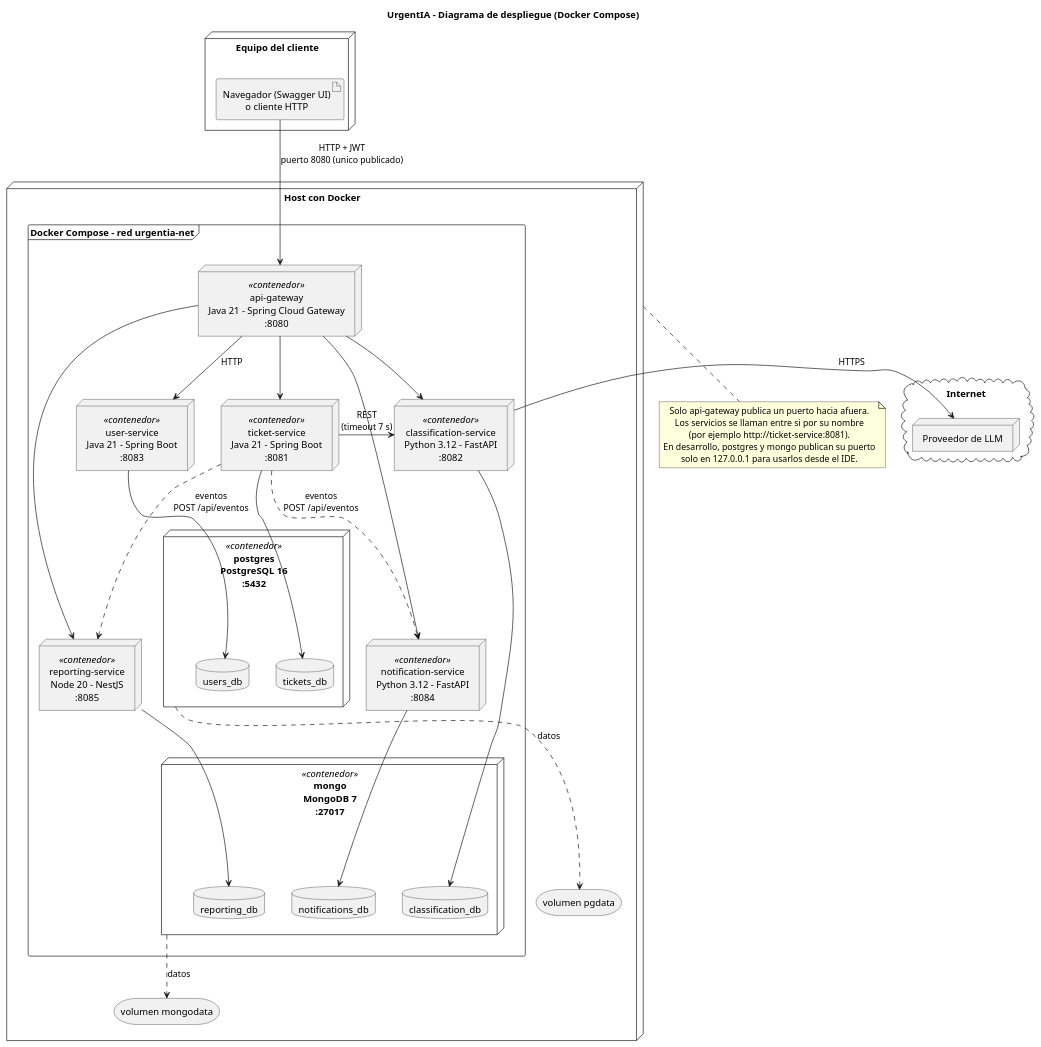
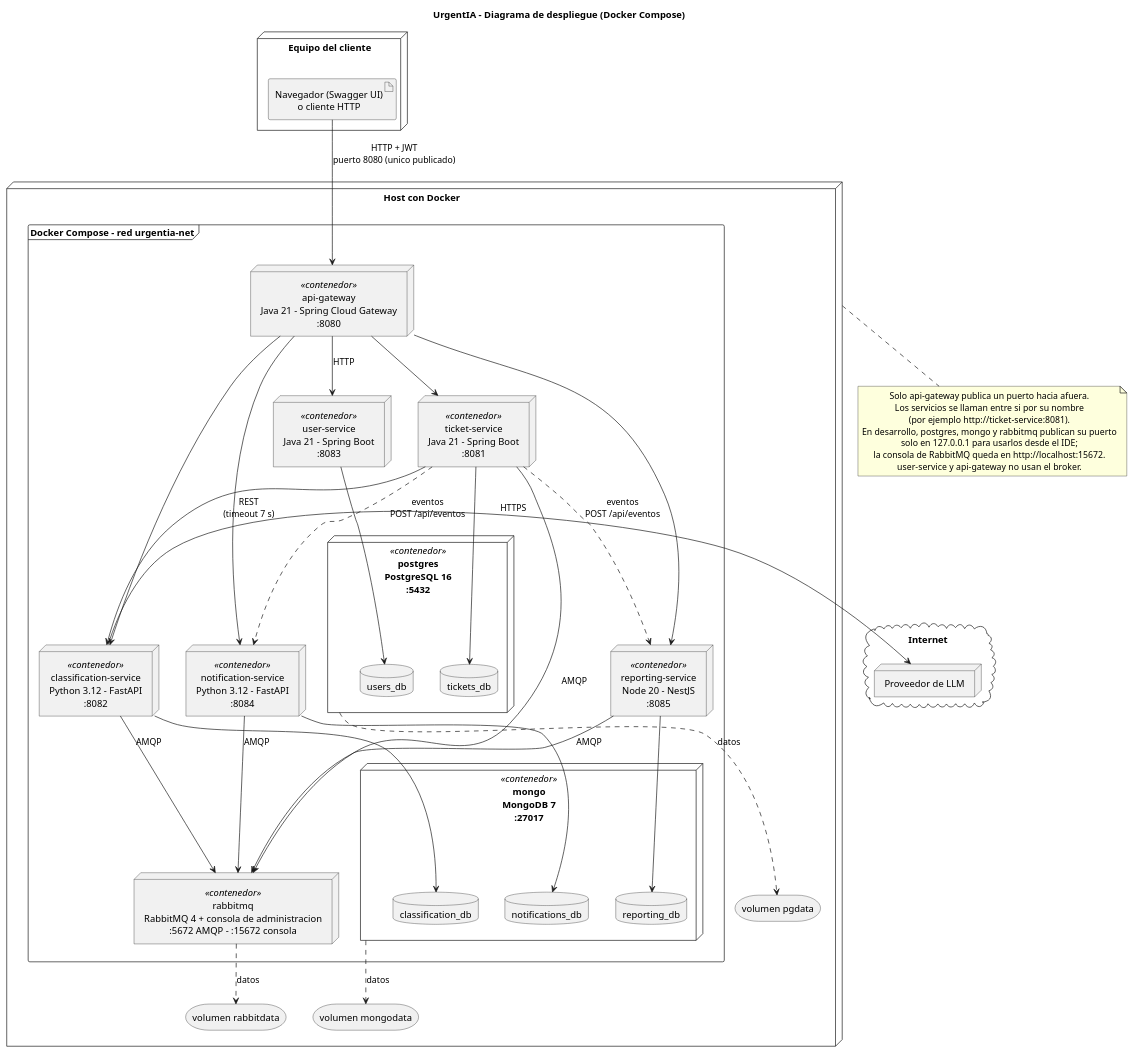
Before and after one commit to AVFare/DA2UrgentIABackend: the diagram in docs/diagrams/despliegue.puml, drawn with PlantUML. The commit also changed 1 other file, not shown here.

Commit message:
docs(diagramas): suma RabbitMQ al diagrama de despliegue

```diff
--- a/docs/diagrams/despliegue.puml
+++ b/docs/diagrams/despliegue.puml
@@ -1,79 +1,92 @@
 @startuml despliegue
 title UrgentIA - Diagrama de despliegue (Docker Compose)
 
 skinparam shadowing false
 skinparam defaultTextAlignment center
 skinparam nodesep 40
 skinparam ranksep 55
 
 node "Equipo del cliente" as cliente {
   artifact "Navegador (Swagger UI)\no cliente HTTP" as navegador
 }
 
 cloud "Internet" as internet {
   node "Proveedor de LLM" as llm
 }
 
 node "Host con Docker" as host {
   frame "Docker Compose - red urgentia-net" as red {
 
     node "api-gateway\nJava 21 - Spring Cloud Gateway\n:8080" as gw <<contenedor>>
 
     node "user-service\nJava 21 - Spring Boot\n:8083" as us <<contenedor>>
     node "ticket-service\nJava 21 - Spring Boot\n:8081" as ts <<contenedor>>
     node "classification-service\nPython 3.12 - FastAPI\n:8082" as cs <<contenedor>>
     node "notification-service\nPython 3.12 - FastAPI\n:8084" as ns <<contenedor>>
     node "reporting-service\nNode 20 - NestJS\n:8085" as rs <<contenedor>>
 
     node "postgres\nPostgreSQL 16\n:5432" as pg <<contenedor>> {
       database "users_db" as usersdb
       database "tickets_db" as ticketsdb
     }
 
+    node "rabbitmq\nRabbitMQ 4 + consola de administracion\n:5672 AMQP - :15672 consola" as rmq <<contenedor>>
+
     node "mongo\nMongoDB 7\n:27017" as mongo <<contenedor>> {
       database "classification_db" as classdb
       database "notifications_db" as notifdb
       database "reporting_db" as repdb
     }
   }
 
   storage "volumen pgdata" as pgdata
   storage "volumen mongodata" as mongodata
+  storage "volumen rabbitdata" as rabbitdata
 }
 
 us -[hidden]right- ts
 
 navegador --> gw : HTTP + JWT\npuerto 8080 (unico publicado)
 
 ' El gateway rutea por HTTP a los cinco servicios.
 gw --> us : HTTP
 gw --> ts
 gw --> cs
 gw --> ns
 gw --> rs
 
 ' Llamadas entre servicios, sin pasar por el gateway.
 ts -right-> cs : REST\n(timeout 7 s)
 ts ..> ns : eventos\nPOST /api/eventos
 ts ..> rs : eventos\nPOST /api/eventos
 
+'' Mensajeria: los cuatro servicios que producen o consumen mensajes
+' se conectan al broker con RABBITMQ_URL. Las colas las define contracts/messaging/.
+ts --> rmq : AMQP
+cs --> rmq : AMQP
+ns --> rmq : AMQP
+rs --> rmq : AMQP
+
 ' Cada servicio usa solo su base.
 us --> usersdb
 ts --> ticketsdb
 cs --> classdb
 ns --> notifdb
 rs --> repdb
 
 pg ..> pgdata : datos
 mongo ..> mongodata : datos
+rmq ..> rabbitdata : datos
 
 cs -right-> llm : HTTPS
 
 note bottom of host
   Solo api-gateway publica un puerto hacia afuera.
   Los servicios se llaman entre si por su nombre
   (por ejemplo http://ticket-service:8081).
-  En desarrollo, postgres y mongo publican su puerto
-  solo en 127.0.0.1 para usarlos desde el IDE.
+  En desarrollo, postgres, mongo y rabbitmq publican su puerto
+  solo en 127.0.0.1 para usarlos desde el IDE;
+  la consola de RabbitMQ queda en http://localhost:15672.
+  user-service y api-gateway no usan el broker.
 end note
 @enduml
```
